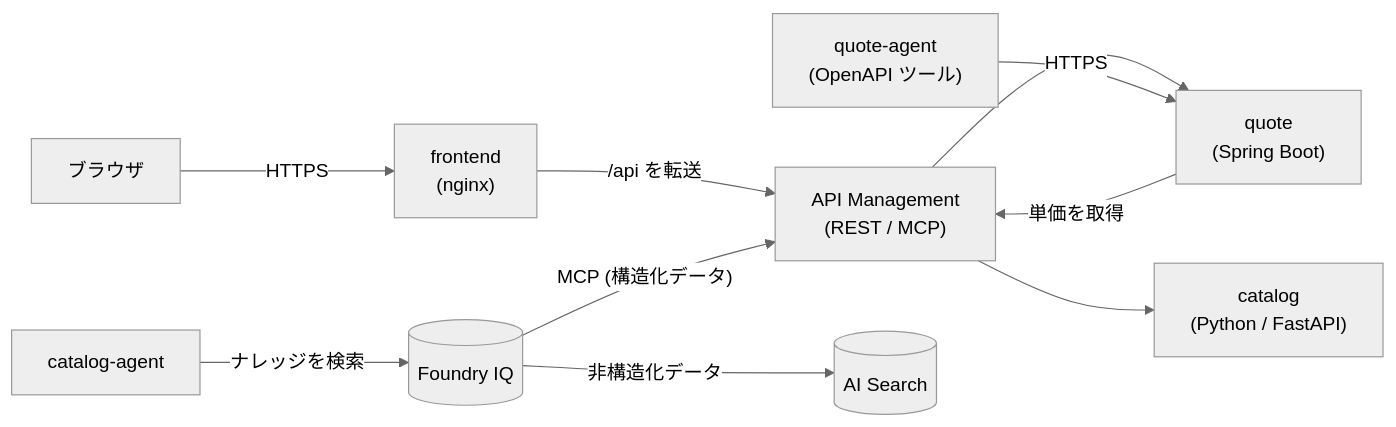
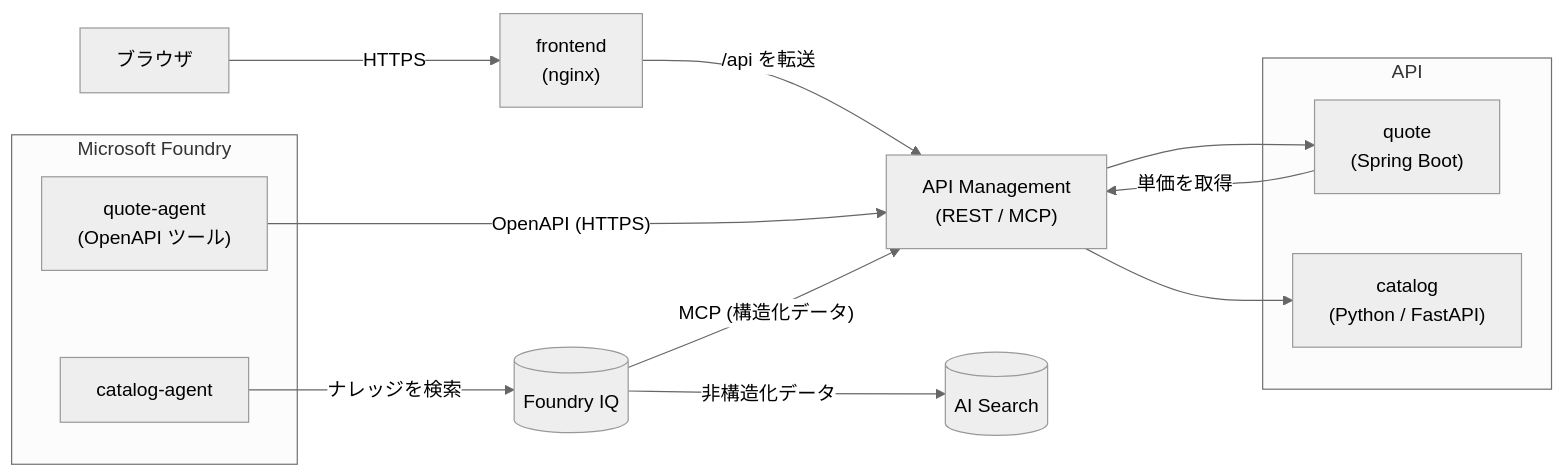
One commit to k-kosugi/quote changed the first of 3 diagrams in デモの手順.md. Above: the diagram before and after it, drawn with Mermaid (neutral theme).

Commit message:
デモの手順の事前準備の図を README と同じにする

````diff
--- a/デモの手順.md
+++ b/デモの手順.md
@@ -4,12 +4,20 @@
 ```mermaid
 flowchart LR
     Browser[ブラウザ] -->|HTTPS| Frontend["frontend<br/>(nginx)"]
     Frontend -->|"/api を転送"| Apim["API Management<br/>(REST / MCP)"]
-    Apim --> Quote["quote<br/>(Spring Boot)"]
-    Apim --> Catalog["catalog<br/>(Python / FastAPI)"]
+    subgraph API
+        Quote["quote<br/>(Spring Boot)"]
+        Catalog["catalog<br/>(Python / FastAPI)"]
+    end
+    Apim --> Quote
+    Apim --> Catalog
     Quote -->|"単価を取得"| Apim
-    QuoteAgent["quote-agent<br/>(OpenAPI ツール)"] -->|HTTPS| Quote
-    CatalogAgent["catalog-agent"] -->|"ナレッジを検索"| IQ[("Foundry IQ")]
+    subgraph MSFoundry["Microsoft Foundry"]
+        QuoteAgent["quote-agent<br/>(OpenAPI ツール)"]
+        CatalogAgent["catalog-agent"]
+    end
+    QuoteAgent -->|"OpenAPI (HTTPS)"| Apim
+    CatalogAgent -->|"ナレッジを検索"| IQ[("Foundry IQ")]
     IQ -->|"非構造化データ"| Search[("AI Search")]
     IQ -->|"MCP (構造化データ)"| Apim
 ```
````
